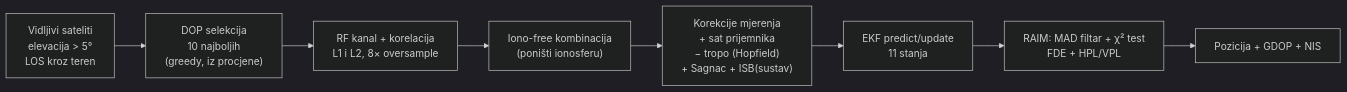
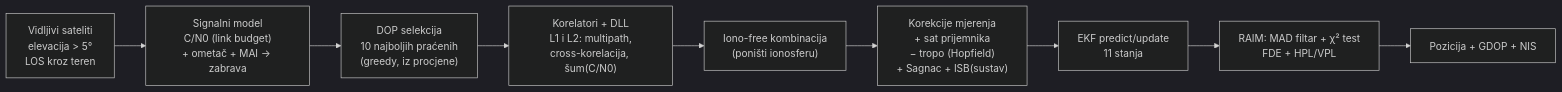
The third of 4 diagrams in GPS_Simulator_Documentation.md (dodozg/gps-simulator-3d), drawn with Mermaid (dark theme) before and after one commit. The commit also changed other lines of this file and 2 other files, not shown here.

Commit message:
docs: signalni model (§5.1, §5.2, §5.3, §5.4), §8 i §10 stavka 2, README

````diff
--- a/GPS_Simulator_Documentation.md
+++ b/GPS_Simulator_Documentation.md
@@ -140,10 +141,11 @@
 ```mermaid
 flowchart LR
-    A["Vidljivi sateliti<br/>elevacija > 5°<br/>LOS kroz teren"] --> B["DOP selekcija<br/>10 najboljih<br/>(greedy, iz procjene)"]
-    B --> C["RF kanal + korelacija<br/>L1 i L2, 8× oversample"]
+    A["Vidljivi sateliti<br/>elevacija > 5°<br/>LOS kroz teren"] --> S["Signalni model<br/>C/N0 (link budget)<br/>+ ometač + MAI → zabrava"]
+    S --> B["DOP selekcija<br/>10 najboljih praćenih<br/>(greedy, iz procjene)"]
+    B --> C["Korelatori + DLL<br/>L1 i L2: multipath,<br/>cross-korelacija, šum(C/N0)"]
     C --> D["Iono-free kombinacija<br/>(poništi ionosferu)"]
     D --> E["Korekcije mjerenja<br/>+ sat prijemnika<br/>− tropo (Hopfield)<br/>+ Sagnac + ISB(sustav)"]
     E --> F["EKF predict/update<br/>11 stanja"]
     F --> G["RAIM: MAD filtar + χ² test<br/>FDE + HPL/VPL"]
     G --> H["Pozicija + GDOP + NIS"]
 ```
````
